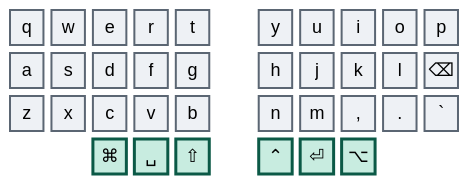
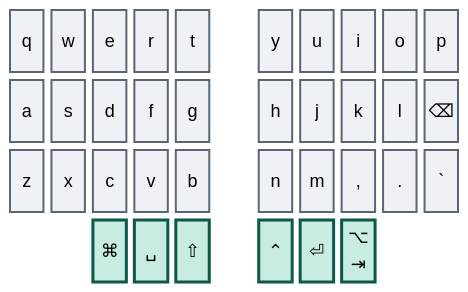
One commit to abloch/zmk-corne changed the first of 5 diagrams in 32-keys.he.md. Above: the diagram before and after it, drawn with Mermaid. The commit also changed other lines of this file and 5 other files, not shown here.

````diff
--- a/32-keys.he.md
+++ b/32-keys.he.md
@@ -23,16 +23,16 @@
 ```mermaid
 %%{init: {'theme':'base','themeVariables':{'primaryColor':'#eef1f5','primaryTextColor':'#0b0f14','primaryBorderColor':'#5b6673','nodeTextColor':'#0b0f14','textColor':'#0b0f14','mainBkg':'#eef1f5','fontSize':'18px'}}}%%
 block
 columns 11
 
   q w e r t space y u i o p
   a s d f g space h j k l bspc["⌫"]
   z x c v b space n m cma[","] dot["."] grv[" `"]
-  space:2 cmd["⌘"] spc["␣"] sft["⇧"] space ctl["⌃"] ent["⏎"] alt["⌥"] space:2
+  space:2 cmd["⌘"] spc["␣"] sft["⇧"] space ctl["⌃"] ent["⏎"] alt["⌥<br/>⇥"] space:2
 
   classDef core fill:#eef1f5,stroke:#5b6673,stroke-width:2px,color:#0b0f14
   classDef thumb fill:#c8ece0,stroke:#0b5946,stroke-width:3px,color:#06241c
 
   class q,w,e,r,t,a,s,d,f,g,z,x,c,v,b,y,u,i,o,p,h,j,k,l,bspc,n,m,cma,dot,grv core
   class cmd,spc,sft,ctl,ent,alt thumb
 ```
````
